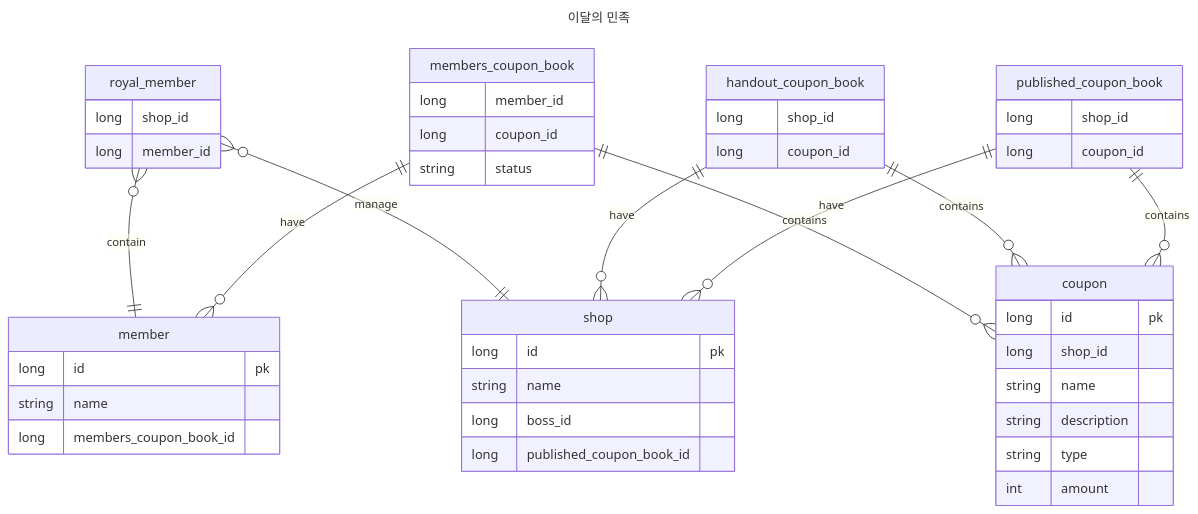
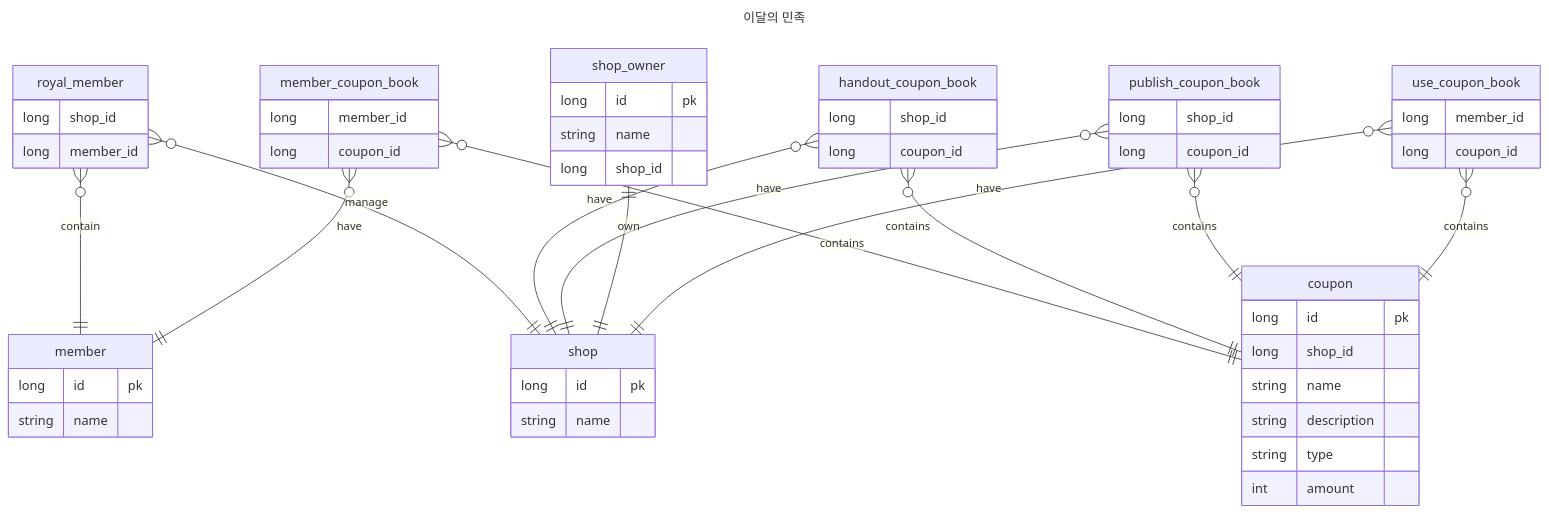
The second of 2 diagrams in README.md (Exagonal-Study/est-delivery), drawn with Mermaid before and after one commit.

Commit message:
chore : erd 정리

````diff
--- a/README.md
+++ b/README.md
@@ -156,59 +156,68 @@
 ```mermaid
 ---
 title: 이달의 민족
 ---
 
 erDiagram
-
 	royal_member {
 		long shop_id
 		long member_id
 	}
+	
+	shop_owner {
+        long id pk
+        string name
+        long shop_id
+    }
 
 	shop {
 		long id pk
 		string name
-		long boss_id
-		long published_coupon_book_id
 	}
 
 	member {
 		long id pk
 		string name
-		long members_coupon_book_id
 	}
 
-	published_coupon_book {
+	publish_coupon_book {
 		long shop_id
 		long coupon_id
 	}
 
     handout_coupon_book {
-    long shop_id
-    long coupon_id
+        long shop_id
+        long coupon_id
+    }
+    
+    use_coupon_book {
+        long member_id
+        long coupon_id
     }
 
     coupon {
 		long id pk
 		long shop_id
 		string name
 		string description
 		string type
 		int amount
 	}	
 
-	members_coupon_book {
+	member_coupon_book {
 		long member_id
 		long coupon_id
-		string status
 	}
-
+	
 	royal_member }o--|| member : contain
-	royal_member }o--|| shop : manage
-	members_coupon_book ||--o{ coupon : contains
-	members_coupon_book ||--o{ member : have
-    handout_coupon_book ||--o{ shop : have
-    handout_coupon_book ||--o{ coupon : contains
-	published_coupon_book ||--o{ shop : have
-	published_coupon_book ||--o{ coupon : contains
+    member_coupon_book }o--|| member : have
+    member_coupon_book }o--|| coupon : contains
+    handout_coupon_book }o--|| coupon : contains
+	publish_coupon_book }o--|| coupon : contains
+    use_coupon_book }o--|| coupon : contains
+    royal_member }o--|| shop : manage
+    handout_coupon_book }o--|| shop : have
+    publish_coupon_book }o--|| shop : have
+    shop_owner ||--|| shop : own
+    use_coupon_book }o--|| shop : have
 ```
````
